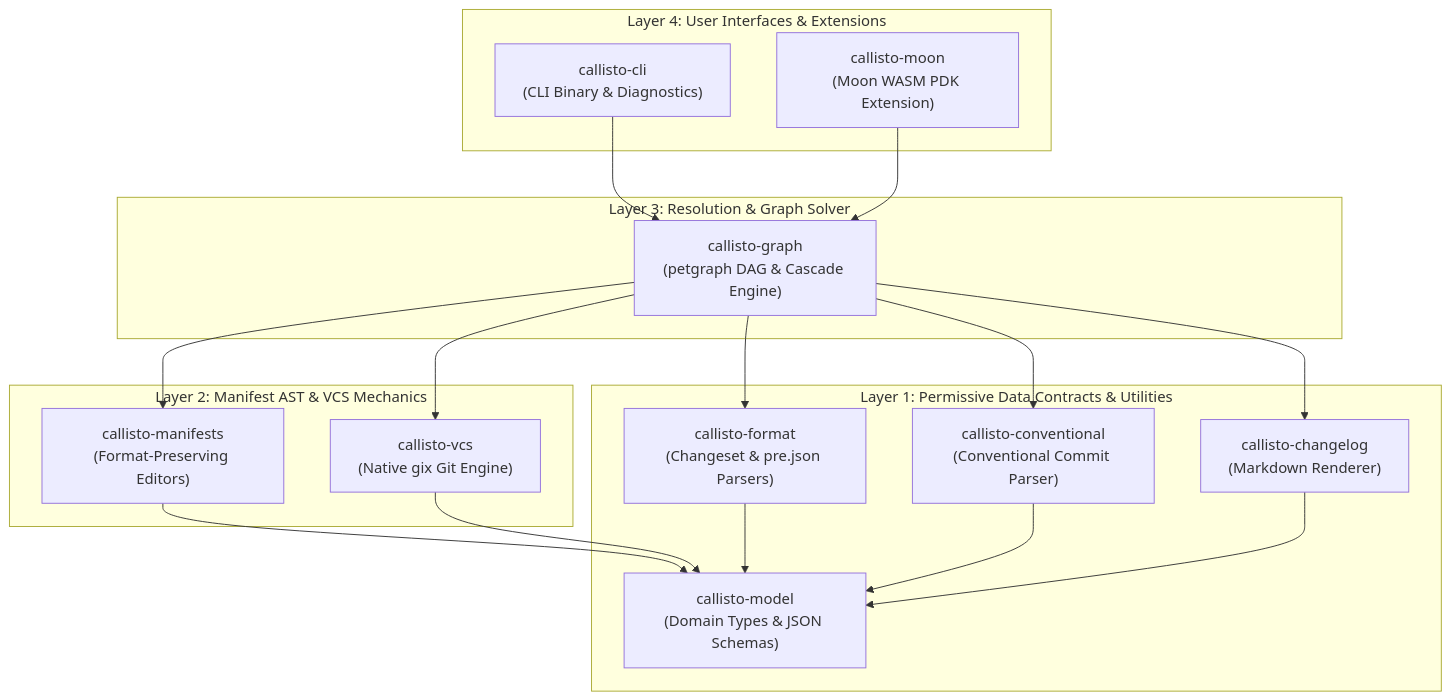
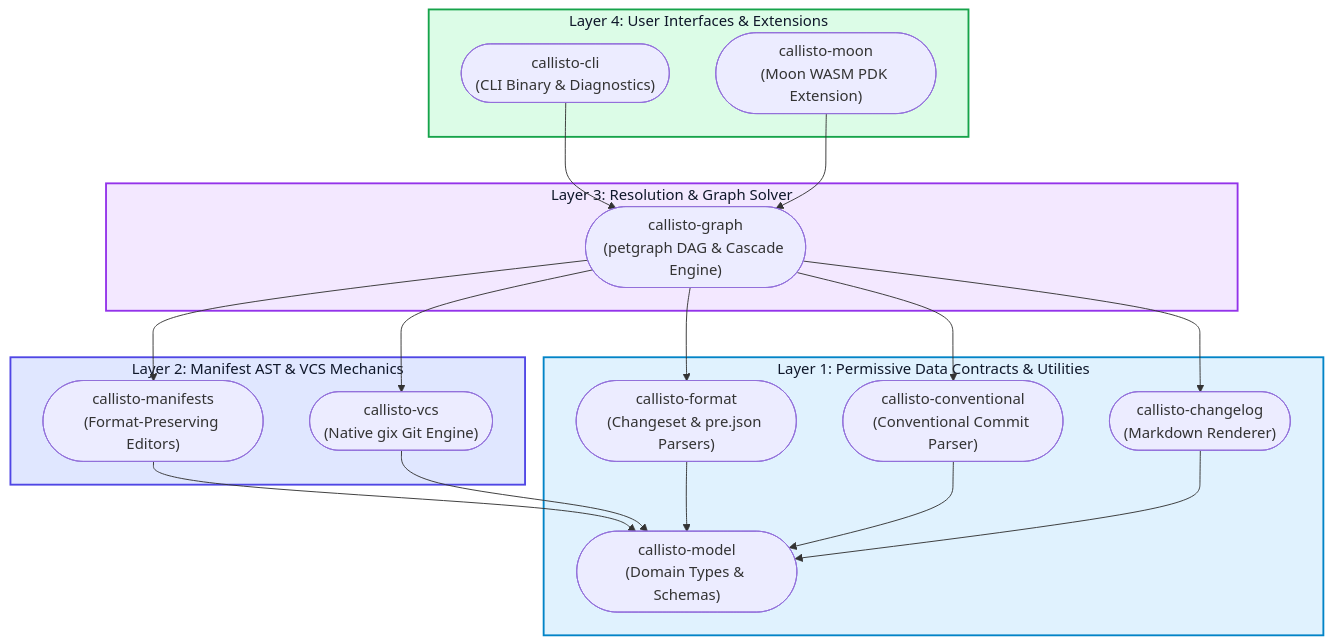
One commit to orin-dx/callisto changed the second of 4 diagrams in ARCHITECTURE.md. Above: the diagram before and after it, drawn with Mermaid. The commit also changed other lines of this file and 3 other files, not shown here.

Commit message:
docs: add Callisto brand identity logo, pastel Mermaid diagrams, and section reordering

````diff
--- a/ARCHITECTURE.md
+++ b/ARCHITECTURE.md
@@ -62,36 +72,41 @@
 ```mermaid
-graph TD
+flowchart TB
     subgraph Layer4 ["Layer 4: User Interfaces & Extensions"]
-        CLI["callisto-cli<br/>(CLI Binary & Diagnostics)"]
-        Moon["callisto-moon<br/>(Moon WASM PDK Extension)"]
+        CLI(["callisto-cli<br/>(CLI Binary & Diagnostics)"])
+        Moon(["callisto-moon<br/>(Moon WASM PDK Extension)"])
     end
 
     subgraph Layer3 ["Layer 3: Resolution & Graph Solver"]
-        Graph["callisto-graph<br/>(petgraph DAG & Cascade Engine)"]
+        Graph(["callisto-graph<br/>(petgraph DAG & Cascade Engine)"])
     end
 
     subgraph Layer2 ["Layer 2: Manifest AST & VCS Mechanics"]
-        Manifests["callisto-manifests<br/>(Format-Preserving Editors)"]
-        VCS["callisto-vcs<br/>(Native gix Git Engine)"]
+        Manifests(["callisto-manifests<br/>(Format-Preserving Editors)"])
+        VCS(["callisto-vcs<br/>(Native gix Git Engine)"])
     end
 
     subgraph Layer1 ["Layer 1: Permissive Data Contracts & Utilities"]
-        Model["callisto-model<br/>(Domain Types & JSON Schemas)"]
-        Format["callisto-format<br/>(Changeset & pre.json Parsers)"]
-        Conventional["callisto-conventional<br/>(Conventional Commit Parser)"]
-        Changelog["callisto-changelog<br/>(Markdown Renderer)"]
+        Model(["callisto-model<br/>(Domain Types & Schemas)"])
+        Format(["callisto-format<br/>(Changeset & pre.json Parsers)"])
+        Conventional(["callisto-conventional<br/>(Conventional Commit Parser)"])
+        Changelog(["callisto-changelog<br/>(Markdown Renderer)"])
     end
 
     CLI --> Graph
     Moon --> Graph
     Graph --> Manifests
     Graph --> VCS
     Graph --> Format
     Graph --> Conventional
     Graph --> Changelog
     Manifests --> Model
     VCS --> Model
     Format --> Model
     Conventional --> Model
     Changelog --> Model
+
+    style Layer4 fill:#dcfce7,stroke:#16a34a,stroke-width:2px,color:#0f172a
+    style Layer3 fill:#f3e8ff,stroke:#9333ea,stroke-width:2px,color:#0f172a
+    style Layer2 fill:#e0e7ff,stroke:#4f46e5,stroke-width:2px,color:#0f172a
+    style Layer1 fill:#e0f2fe,stroke:#0284c7,stroke-width:2px,color:#0f172a
 ```
````
